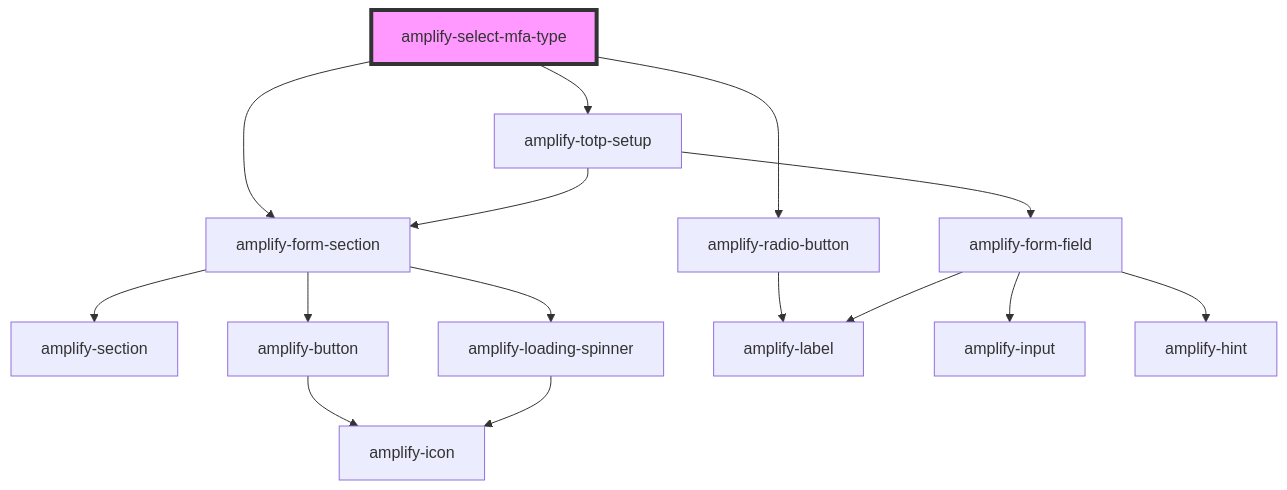
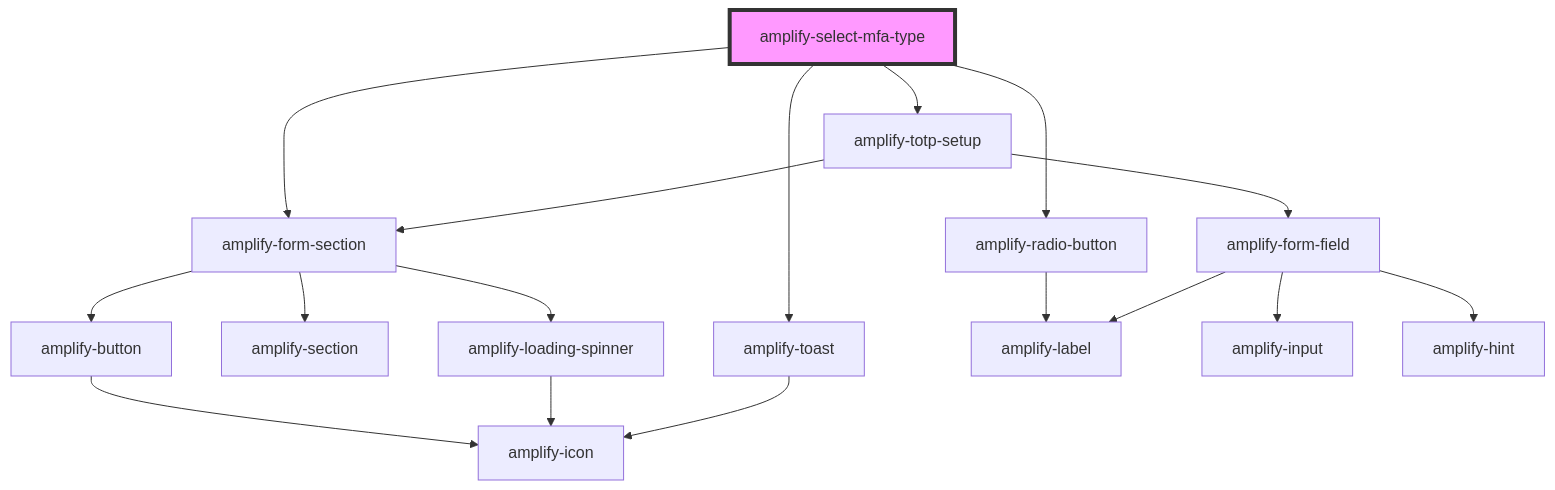
One commit to OneDev0411/amplify-js changed the diagram in packages/amplify-ui-components/src/components/amplify-select-mfa-type/readme.md. Above: the diagram before and after it, drawn with Mermaid. The commit also changed other lines of this file and 3 other files, not shown here.

Commit message:
feat: adding toast notification when selecting an MFA type (#8394)

````diff
--- a/packages/amplify-ui-components/src/components/amplify-select-mfa-type/readme.md
+++ b/packages/amplify-ui-components/src/components/amplify-select-mfa-type/readme.md
@@ -24,18 +25,20 @@
 ```mermaid
 graph TD;
   amplify-select-mfa-type --> amplify-form-section
   amplify-select-mfa-type --> amplify-radio-button
+  amplify-select-mfa-type --> amplify-toast
   amplify-select-mfa-type --> amplify-totp-setup
   amplify-form-section --> amplify-section
   amplify-form-section --> amplify-button
   amplify-form-section --> amplify-loading-spinner
   amplify-button --> amplify-icon
   amplify-loading-spinner --> amplify-icon
   amplify-radio-button --> amplify-label
+  amplify-toast --> amplify-icon
   amplify-totp-setup --> amplify-form-section
   amplify-totp-setup --> amplify-form-field
   amplify-form-field --> amplify-label
   amplify-form-field --> amplify-input
   amplify-form-field --> amplify-hint
   style amplify-select-mfa-type fill:#f9f,stroke:#333,stroke-width:4px
 ```
````
